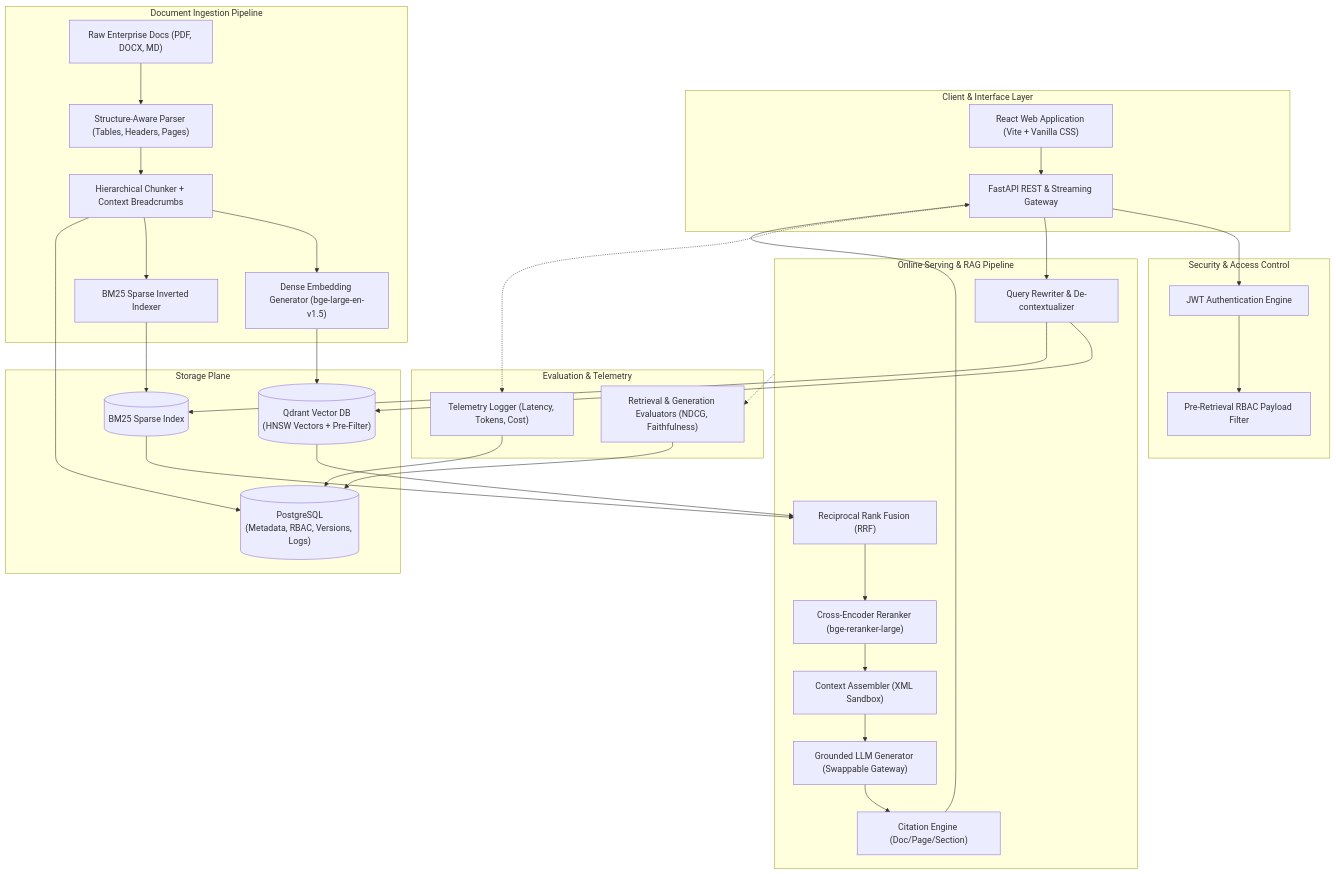
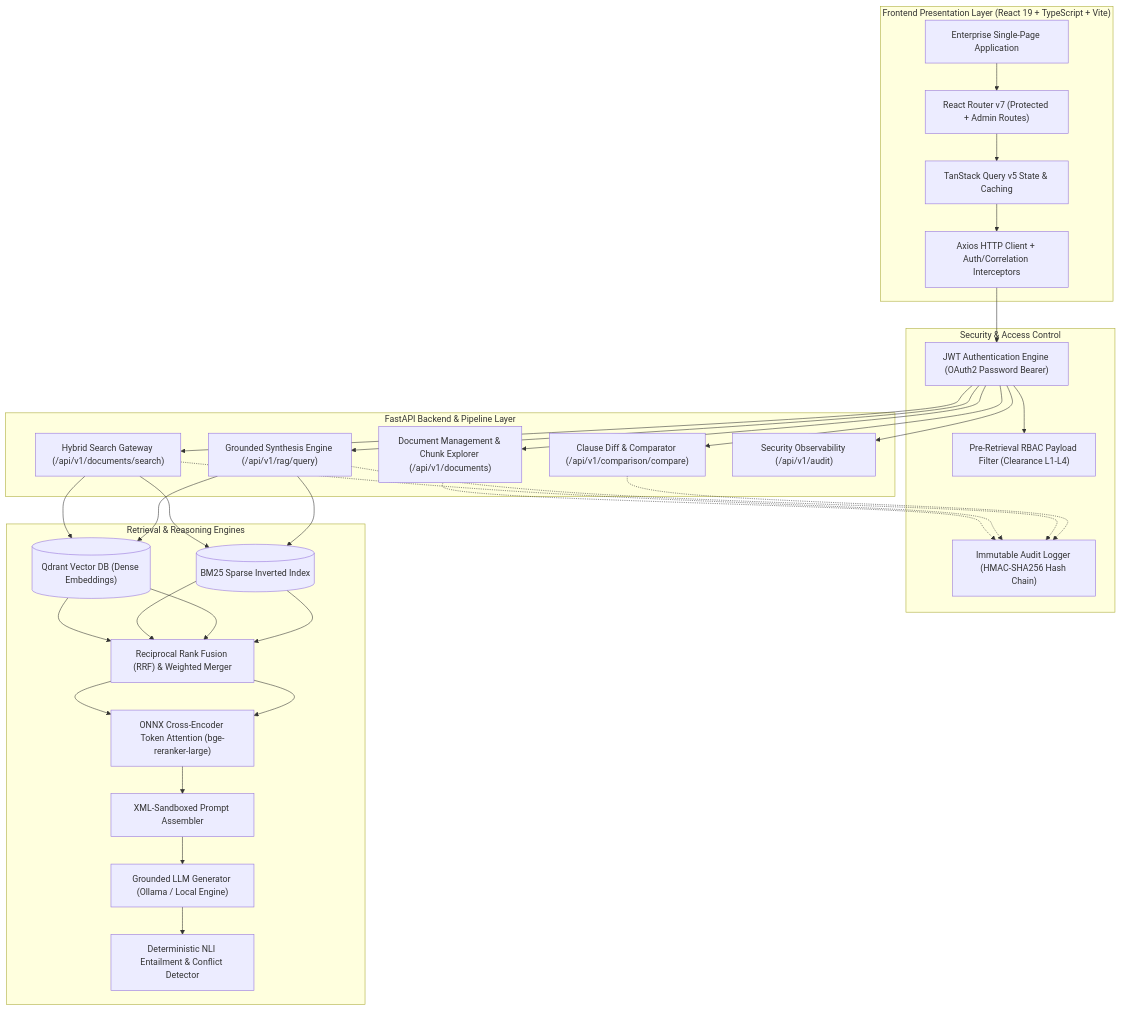
Before and after one commit to PranavKhadse/ai-enterprise-document-intelligence: the diagram in README.md, drawn with Mermaid. The commit also changed other lines of this file and 3419 other files, not shown here.

Commit message:
feat: complete phase 12 enterprise frontend

````diff
--- a/README.md
+++ b/README.md
@@ -36,53 +27,40 @@
 ```mermaid
 flowchart TB
-    subgraph Client ["Client & Interface Layer"]
-        UI["React Web Application (Vite + Vanilla CSS)"]
-        API["FastAPI REST & Streaming Gateway"]
+    subgraph Client ["Frontend Presentation Layer (React 19 + TypeScript + Vite)"]
+        UI["Enterprise Single-Page Application"]
+        ROUTER["React Router v7 (Protected + Admin Routes)"]
+        QUERY["TanStack Query v5 State & Caching"]
+        AXIOS["Axios HTTP Client + Auth/Correlation Interceptors"]
     end
 
     subgraph Security ["Security & Access Control"]
-        AUTH["JWT Authentication Engine"]
-        RBAC["Pre-Retrieval RBAC Payload Filter"]
+        AUTH["JWT Authentication Engine (OAuth2 Password Bearer)"]
+        RBAC["Pre-Retrieval RBAC Payload Filter (Clearance L1-L4)"]
+        AUDIT["Immutable Audit Logger (HMAC-SHA256 Hash Chain)"]
     end
 
-    subgraph Ingestion ["Document Ingestion Pipeline"]
-        DOCS["Raw Enterprise Docs (PDF, DOCX, MD)"]
-        PARSER["Structure-Aware Parser (Tables, Headers, Pages)"]
-        CHUNKER["Hierarchical Chunker + Context Breadcrumbs"]
-        EMBED["Dense Embedding Generator (bge-large-en-v1.5)"]
-        BM25_GEN["BM25 Sparse Inverted Indexer"]
+    subgraph Serving ["FastAPI Backend & Pipeline Layer"]
+        DOC_API["Document Management & Chunk Explorer (/api/v1/documents)"]
+        SEARCH_API["Hybrid Search Gateway (/api/v1/documents/search)"]
+        RAG_API["Grounded Synthesis Engine (/api/v1/rag/query)"]
+        COMPARE_API["Clause Diff & Comparator (/api/v1/comparison/compare)"]
+        AUDIT_API["Security Observability (/api/v1/audit)"]
     end
 
-    subgraph Storage ["Storage Plane"]
-        PG[("PostgreSQL\n(Metadata, RBAC, Versions, Logs)")]
-        QDRANT[("Qdrant Vector DB\n(HNSW Vectors + Pre-Filter)")]
-        BM25_STORE[("BM25 Sparse Index")]
+    subgraph Engine ["Retrieval & Reasoning Engines"]
+        QDRANT[("Qdrant Vector DB (Dense Embeddings)")]
+        BM25_STORE[("BM25 Sparse Inverted Index")]
+        FUSION["Reciprocal Rank Fusion (RRF) & Weighted Merger"]
+        RERANK["ONNX Cross-Encoder Token Attention (bge-reranker-large)"]
+        PROMPT["XML-Sandboxed Prompt Assembler"]
+        LLM["Grounded LLM Generator (Ollama / Local Engine)"]
+        VERIFIER["Deterministic NLI Entailment & Conflict Detector"]
     end
 
-    subgraph Serving ["Online Serving & RAG Pipeline"]
-        REWRITE["Query Rewriter & De-contextualizer"]
-        FUSION["Reciprocal Rank Fusion (RRF)"]
-        RERANK["Cross-Encoder Reranker (bge-reranker-large)"]
-        PROMPT["Context Assembler (XML Sandbox)"]
-        LLM["Grounded LLM Generator (Swappable Gateway)"]
-        CITE["Citation Engine (Doc/Page/Section)"]
-    end
-
-    subgraph Observability ["Evaluation & Telemetry"]
-        EVAL["Retrieval & Generation Evaluators (NDCG, Faithfulness)"]
-        LOGS["Telemetry Logger (Latency, Tokens, Cost)"]
-    end
-
-    DOCS --> PARSER --> CHUNKER
-    CHUNKER --> EMBED --> QDRANT
-    CHUNKER --> BM25_GEN --> BM25_STORE
-    CHUNKER --> PG
-
-    UI --> API --> AUTH --> RBAC
-    API --> REWRITE
-    REWRITE --> QDRANT & BM25_STORE
-    QDRANT & BM25_STORE --> FUSION --> RERANK --> PROMPT --> LLM --> CITE --> API
-
-    API -.-> LOGS --> PG
-    Serving -.-> EVAL --> PG
+    UI --> ROUTER --> QUERY --> AXIOS
+    AXIOS --> AUTH --> RBAC
+    AUTH --> DOC_API & SEARCH_API & RAG_API & COMPARE_API & AUDIT_API
+    SEARCH_API --> QDRANT & BM25_STORE --> FUSION --> RERANK
+    RAG_API --> QDRANT & BM25_STORE --> FUSION --> RERANK --> PROMPT --> LLM --> VERIFIER
+    DOC_API & SEARCH_API & RAG_API & COMPARE_API -.-> AUDIT
 ```
````
